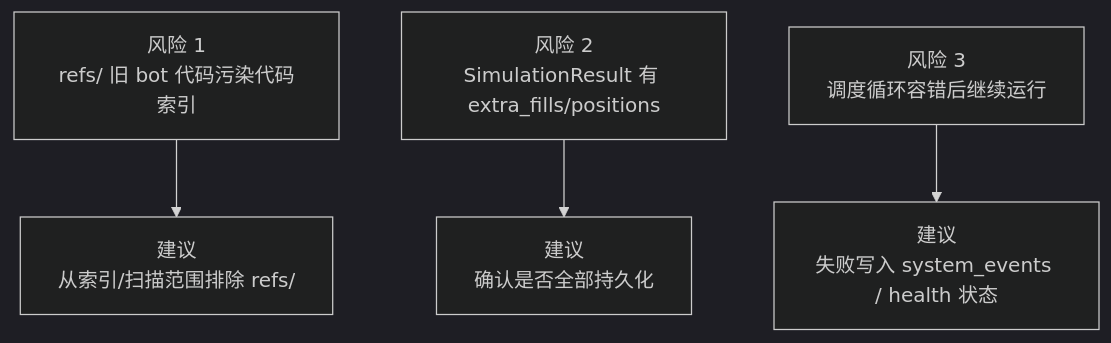
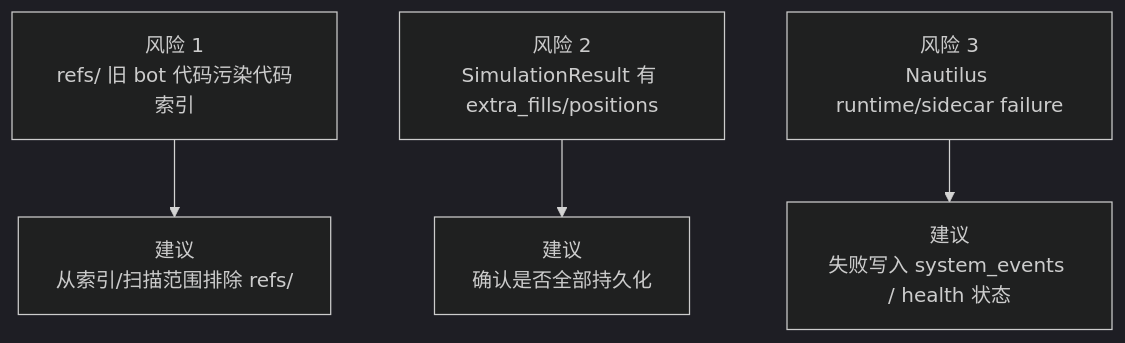
Before and after one commit to 6Kmfi6HP/polysignal-lab: the seventh of 7 diagrams in docs/PROJECT_ARCHITECTURE_VISUAL.md, drawn with Mermaid (dark theme). The commit also changed other lines of this file and 298 other files, not shown here.

Commit message:
feat: complete Nautilus runtime integration

````diff
--- a/docs/PROJECT_ARCHITECTURE_VISUAL.md
+++ b/docs/PROJECT_ARCHITECTURE_VISUAL.md
@@ -198,6 +198,6 @@
 ```mermaid
 flowchart TD
   R1["风险 1<br/>refs/ 旧 bot 代码污染代码索引"] --> Fix1["建议<br/>从索引/扫描范围排除 refs/"]
   R2["风险 2<br/>SimulationResult 有 extra_fills/positions"] --> Fix2["建议<br/>确认是否全部持久化"]
-  R3["风险 3<br/>调度循环容错后继续运行"] --> Fix3["建议<br/>失败写入 system_events / health 状态"]
+  R3["风险 3<br/>Nautilus runtime/sidecar failure"] --> Fix3["建议<br/>失败写入 system_events / health 状态"]
 ```
````
